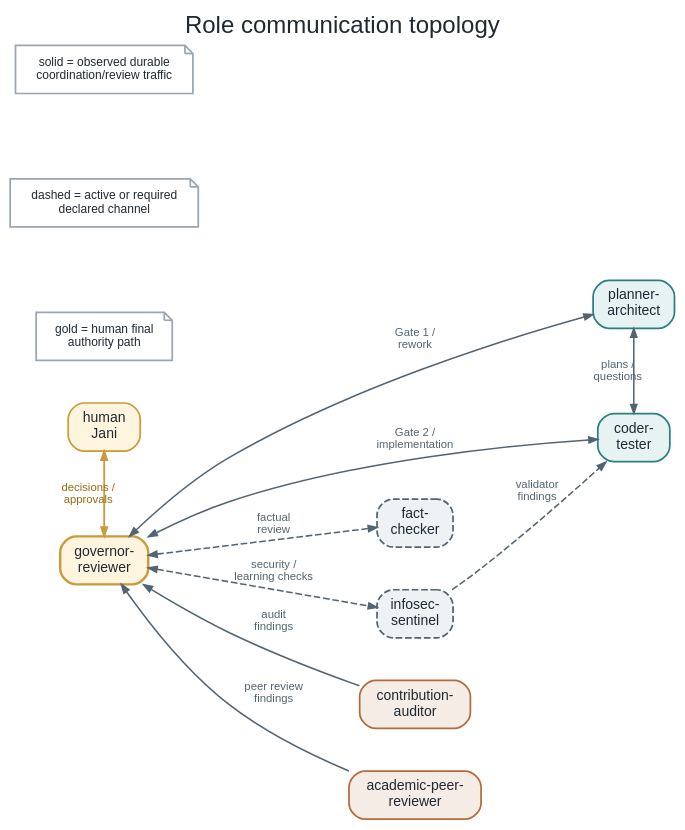
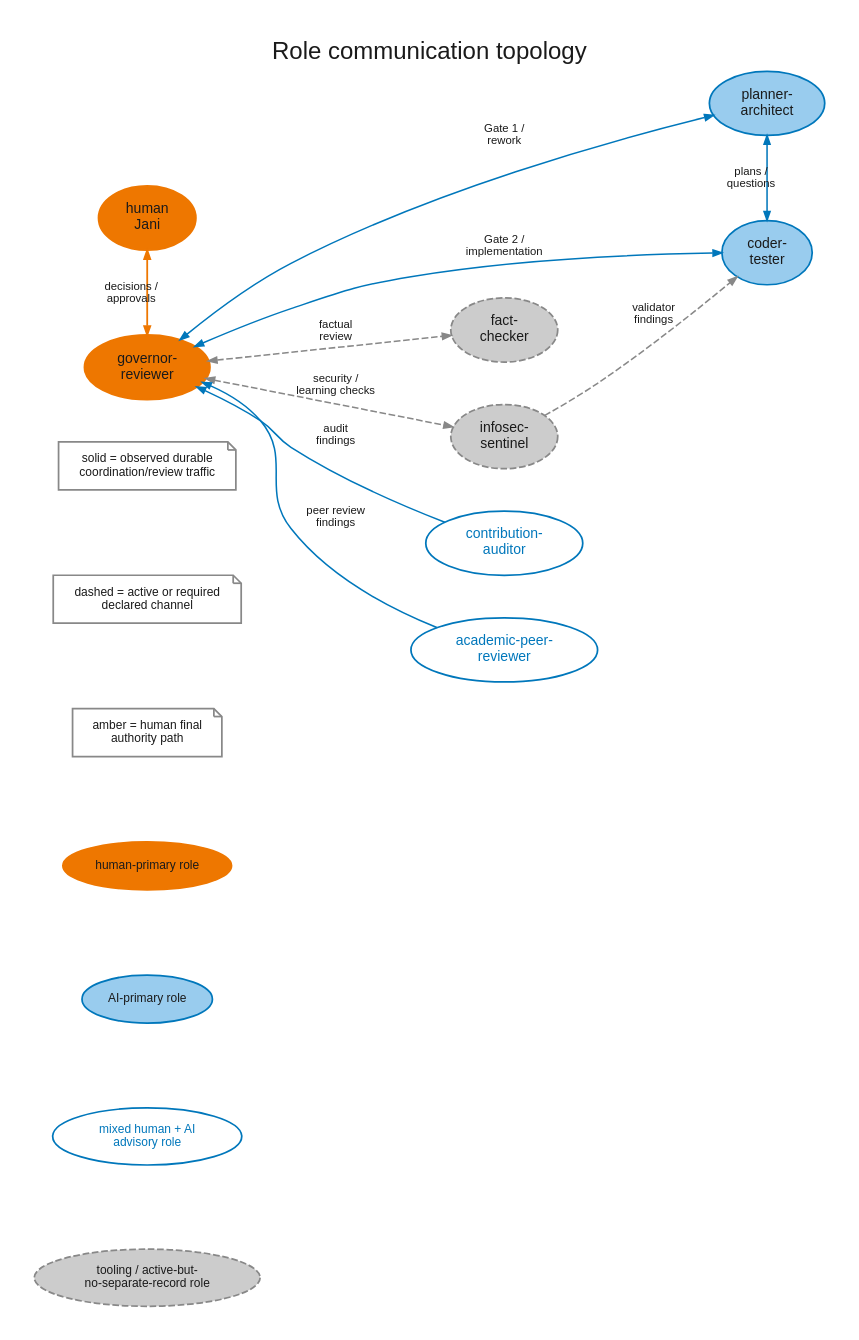
The diagram in docs/academic/figures/src/role-communication-topology.dot (janipaijanen/agf-mirror), drawn with Graphviz before and after one commit. The commit also changed 16 other files, not shown here.

```diff
--- a/docs/academic/figures/src/role-communication-topology.dot
+++ b/docs/academic/figures/src/role-communication-topology.dot
@@ -1,70 +1,123 @@
+// SPDX-License-Identifier: CC-BY-SA-4.0
+// agents-govern: academic paper -- role communication topology
+// Generate: dot -Tsvg role-communication-topology.dot -o ../role-communication-topology.svg
+//           dot -Tpdf role-communication-topology.dot -o ../role-communication-topology.pdf
+//
+// Semantic responsibility palette: agf/docs/site/reference/palette.md
+// ("Semantic responsibility palette" section). This figure uses the
+// role-category colour axis established in coordination-channel.dot
+// (Class 1) and agent-participation-by-phase.dot (this class): role
+// nodes are ellipses coloured by role category (human-primary,
+// AI-primary, mixed advisory, tooling/dashed), not by the five-category
+// event/action shapes -- there are no phase/event nodes in this figure,
+// only role nodes and communication edges, so only the role-key legend
+// applies here. Edge line style (solid/dashed) is a separate,
+// pre-existing and accurate axis documented by `legend_solid`/
+// `legend_dash`. Previously this figure had a legend for edge style and
+// the human-authority accent colour only; the general node fill-colour
+// meaning was undocumented and used an unrelated slate/teal/rust/gold
+// palette -- both defects this revision fixes. The former "gold" accent
+// is now `amber` (`#EE7700`), the palette's Human decision token,
+// matching the caption wording update in the paper.
+//
+// The role-key swatches (rk_*) live in the same legend column as the
+// pre-existing edge-style notes (legend_solid/legend_dash/legend_human),
+// chained by the same `rank=same` + sequential invisible-edge technique
+// those notes already used -- not a separate `cluster_rolekey` subgraph.
+// An earlier draft wrapped the swatches in their own cluster with an
+// internal invisible-edge chain plus a cross-cluster invisible edge into
+// the diagram; in this LR-flow figure that created a second, competing
+// rank system and visibly broke the layout (legend notes scattered with
+// large gaps, confirmed via `dot -Tpng` visual inspection per
+// visible-artifact-verification-rule). Reusing the one proven column
+// avoids that failure mode.
 digraph role_communication_topology {
   graph [
     rankdir=LR,
-    bgcolor="transparent",
-    pad=0.22,
+    bgcolor=white,
+    pad=0.25,
     nodesep=0.45,
     ranksep=0.62,
     splines=true,
     fontname="Helvetica",
     label="Role communication topology",
     labelloc=t,
     fontsize=18,
-    fontcolor="#1F2933"
+    fontcolor="#1A1A1A"
   ];
 
   node [
-    shape=box,
-    style="rounded,filled",
     fontname="Helvetica",
     fontsize=10.5,
-    color="#536471",
+    style=filled,
+    shape=ellipse,
+    fillcolor="#99CCEE",
+    color="#0077BB",
+    fontcolor="#1A1A1A",
     penwidth=1.3,
-    fillcolor="#EEF2F4",
-    fontcolor="#1F2933",
     margin="0.10,0.07"
   ];
 
   edge [
     fontname="Helvetica",
     fontsize=8.5,
-    color="#536471",
-    fontcolor="#536471",
+    color="#0077BB",
+    fontcolor="#1A1A1A",
     arrowsize=0.65,
     penwidth=1.15
   ];
 
-  human [label="human\nJani", fillcolor="#FFF5DE", color="#C89B3C"];
-  governor [label="governor-\nreviewer", fillcolor="#FFF5DE", color="#C89B3C", penwidth=1.8];
-  planner [label="planner-\narchitect", fillcolor="#E7F3F3", color="#2A7F7F"];
-  coder [label="coder-\ntester", fillcolor="#E7F3F3", color="#2A7F7F"];
-  auditor [label="contribution-\nauditor", fillcolor="#F6ECE6", color="#B66A3C"];
-  academic [label="academic-peer-\nreviewer", fillcolor="#F6ECE6", color="#B66A3C"];
-  fact [label="fact-\nchecker", fillcolor="#EEF2F4", color="#536471", style="rounded,dashed,filled"];
-  infosec [label="infosec-\nsentinel", fillcolor="#EEF2F4", color="#536471", style="rounded,dashed,filled"];
+  rk_human   [label="human-primary role", fillcolor="#EE7700",
+              color="#EE7700", fontcolor="#1A1A1A", fontsize=9]
+  rk_ai      [label="AI-primary role", fillcolor="#99CCEE",
+              color="#0077BB", fontcolor="#1A1A1A", fontsize=9]
+  rk_mixed   [label="mixed human + AI\nadvisory role", fillcolor=white,
+              color="#0077BB", fontcolor="#0077BB", fontsize=9]
+  rk_tooling [label="tooling / active-but-\nno-separate-record role",
+              style="filled,dashed", fillcolor="#CCCCCC", color="#888888",
+              fontcolor="#1A1A1A", fontsize=9]
 
-  human -> governor [label="decisions /\napprovals", dir=both, color="#C89B3C", fontcolor="#9A6A12", penwidth=1.35];
+  human    [label="human\nJani", fillcolor="#EE7700", color="#EE7700",
+            fontcolor="#1A1A1A"];
+  governor [label="governor-\nreviewer", fillcolor="#EE7700", color="#EE7700",
+            fontcolor="#1A1A1A", penwidth=1.8];
+  planner  [label="planner-\narchitect", fillcolor="#99CCEE", color="#0077BB",
+            fontcolor="#1A1A1A"];
+  coder    [label="coder-\ntester", fillcolor="#99CCEE", color="#0077BB",
+            fontcolor="#1A1A1A"];
+  auditor  [label="contribution-\nauditor", fillcolor=white, color="#0077BB",
+            fontcolor="#0077BB"];
+  academic [label="academic-peer-\nreviewer", fillcolor=white, color="#0077BB",
+            fontcolor="#0077BB"];
+  fact     [label="fact-\nchecker", style="filled,dashed", fillcolor="#CCCCCC",
+            color="#888888", fontcolor="#1A1A1A"];
+  infosec  [label="infosec-\nsentinel", style="filled,dashed", fillcolor="#CCCCCC",
+            color="#888888", fontcolor="#1A1A1A"];
+
+  human -> governor [label="decisions /\napprovals", dir=both,
+                     color="#EE7700", fontcolor="#1A1A1A", penwidth=1.35];
 
   governor -> planner [label="Gate 1 /\nrework", dir=both];
   governor -> coder [label="Gate 2 /\nimplementation", dir=both];
   planner -> coder [label="plans /\nquestions", dir=both];
 
   auditor -> governor [label="audit\nfindings"];
   academic -> governor [label="peer review\nfindings"];
 
-  governor -> fact [label="factual\nreview", dir=both, style=dashed];
-  governor -> infosec [label="security /\nlearning checks", dir=both, style=dashed];
-  infosec -> coder [label="validator\nfindings", style=dashed];
+  governor -> fact [label="factual\nreview", dir=both, style=dashed, color="#888888"];
+  governor -> infosec [label="security /\nlearning checks", dir=both, style=dashed, color="#888888"];
+  infosec -> coder [label="validator\nfindings", style=dashed, color="#888888"];
 
-  legend_solid [label="solid = observed durable\ncoordination/review traffic", shape=note, fillcolor="#FFFFFF", color="#9AA6AF", fontsize=9];
-  legend_dash [label="dashed = active or required\ndeclared channel", shape=note, fillcolor="#FFFFFF", color="#9AA6AF", fontsize=9];
-  legend_human [label="gold = human final\nauthority path", shape=note, fillcolor="#FFFFFF", color="#9AA6AF", fontsize=9];
+  legend_solid [label="solid = observed durable\ncoordination/review traffic", shape=note, fillcolor="white", color="#888888", fontcolor="#1A1A1A", fontsize=9];
+  legend_dash [label="dashed = active or required\ndeclared channel", shape=note, fillcolor="white", color="#888888", fontcolor="#1A1A1A", fontsize=9];
+  legend_human [label="amber = human final\nauthority path", shape=note, fillcolor="white", color="#888888", fontcolor="#1A1A1A", fontsize=9];
 
   { rank=same; human; governor; }
   { rank=same; planner; coder; }
   { rank=same; auditor; academic; fact; infosec; }
-  { rank=same; legend_solid; legend_dash; legend_human; }
+  { rank=same; legend_solid; legend_dash; legend_human;
+    rk_human; rk_ai; rk_mixed; rk_tooling; }
 
-  legend_solid -> legend_dash [style=invis];
-  legend_dash -> legend_human [style=invis];
+  legend_solid -> legend_dash -> legend_human
+      -> rk_human -> rk_ai -> rk_mixed -> rk_tooling [style=invis];
 }
```
